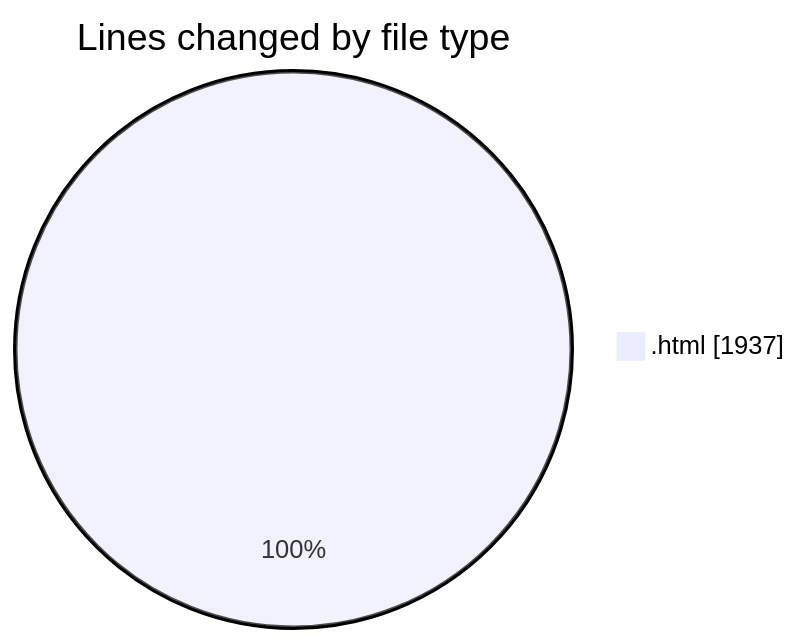
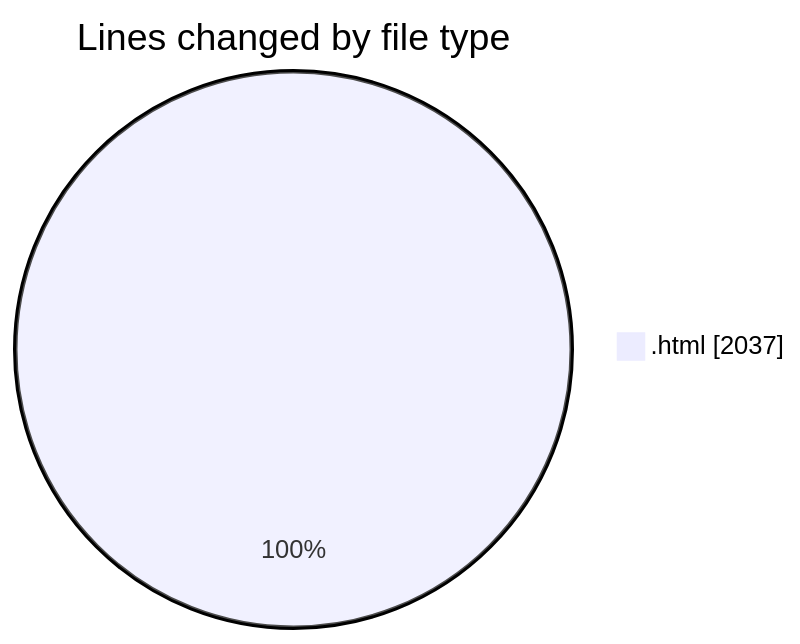
One commit to Ritupan-Deka/code-tracking changed the first of 2 diagrams in 2025-06-17/projects/README.md. Above: the diagram before and after it, drawn with Mermaid. The commit also changed other lines of this file and 1 other file, not shown here.

````diff
--- a/2025-06-17/projects/README.md
+++ b/2025-06-17/projects/README.md
@@ -21,5 +21,5 @@
 ```mermaid
 pie showData
 title Lines changed by file type
-".html" : 1937
+".html" : 2037
 ```
````
